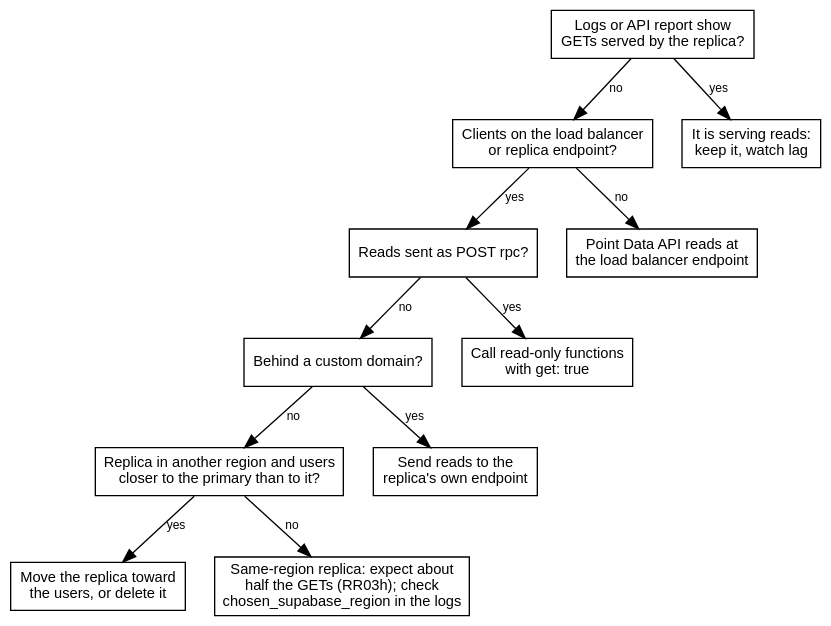
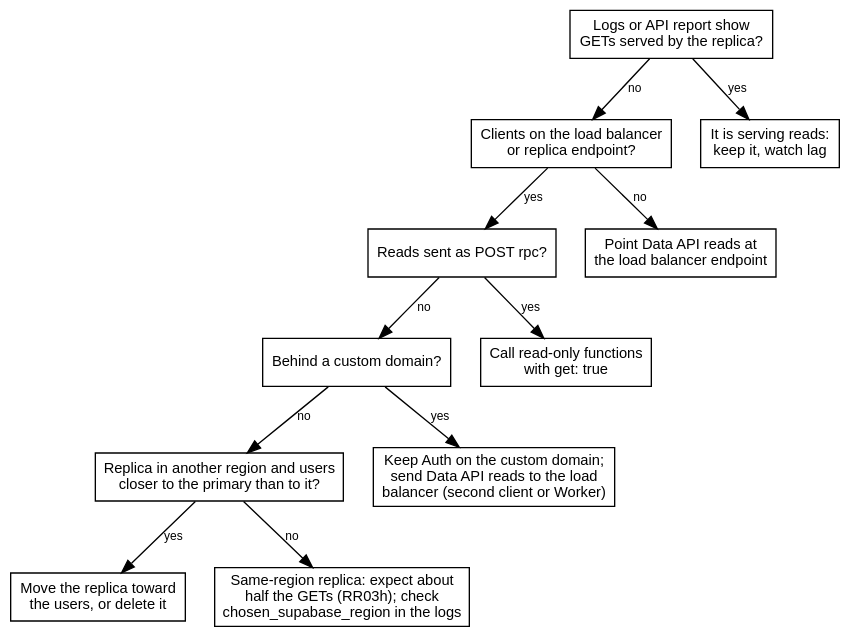
One commit to erfianugrah/lexicanum changed the first of 2 diagrams in src/content/docs/reference/supabase-read-replicas.mdx. Above: the diagram before and after it, drawn with Graphviz. The commit also changed other lines of this file and 10 other files, not shown here.

````diff
--- a/src/content/docs/reference/supabase-read-replicas.mdx
+++ b/src/content/docs/reference/supabase-read-replicas.mdx
@@ -43,31 +48,31 @@
 ```dot
 digraph {
   rankdir=TB; bgcolor="transparent"; nodesep=0.3; ranksep=0.5;
   fontname="Helvetica,Arial,sans-serif";
   node [fontname="Helvetica,Arial,sans-serif", fontsize=11, shape=box];
   edge [fontname="Helvetica,Arial,sans-serif", fontsize=9];
 
   q1 [label="Logs or API report show\nGETs served by the replica?"];
   q2 [label="Clients on the load balancer\nor replica endpoint?"];
   q3 [label="Reads sent as POST rpc?"];
   q4 [label="Behind a custom domain?"];
   q5 [label="Replica in another region and users\ncloser to the primary than to it?"];
   ok [label="It is serving reads:\nkeep it, watch lag"];
   a2 [label="Point Data API reads at\nthe load balancer endpoint"];
   a3 [label="Call read-only functions\nwith get: true"];
-  a4 [label="Send reads to the\nreplica's own endpoint"];
+  a4 [label="Keep Auth on the custom domain;\nsend Data API reads to the load\nbalancer (second client or Worker)"];
   a5 [label="Move the replica toward\nthe users, or delete it"];
   a6 [label="Same-region replica: expect about\nhalf the GETs (RR03h); check\nchosen_supabase_region in the logs"];
 
   q1 -> ok [label="yes"];
   q1 -> q2 [label="no"];
   q2 -> a2 [label="no"];
   q2 -> q3 [label="yes"];
   q3 -> a3 [label="yes"];
   q3 -> q4 [label="no"];
   q4 -> a4 [label="yes"];
   q4 -> q5 [label="no"];
   q5 -> a5 [label="yes"];
   q5 -> a6 [label="no"];
 }
 ```
````
